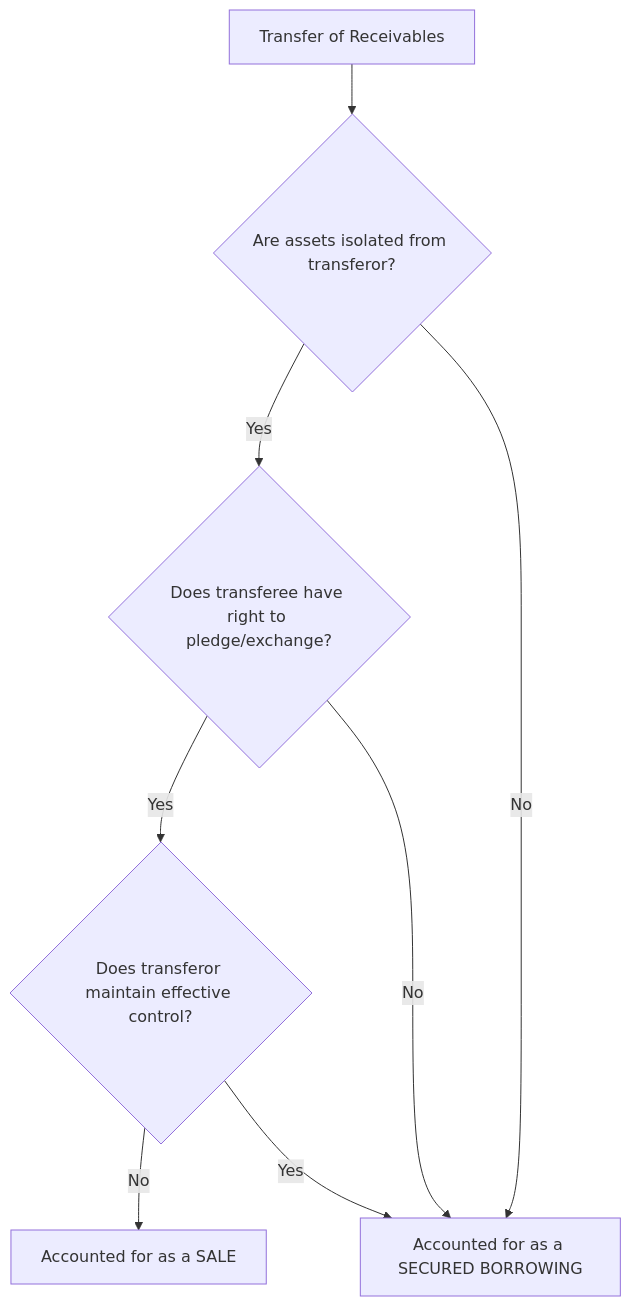
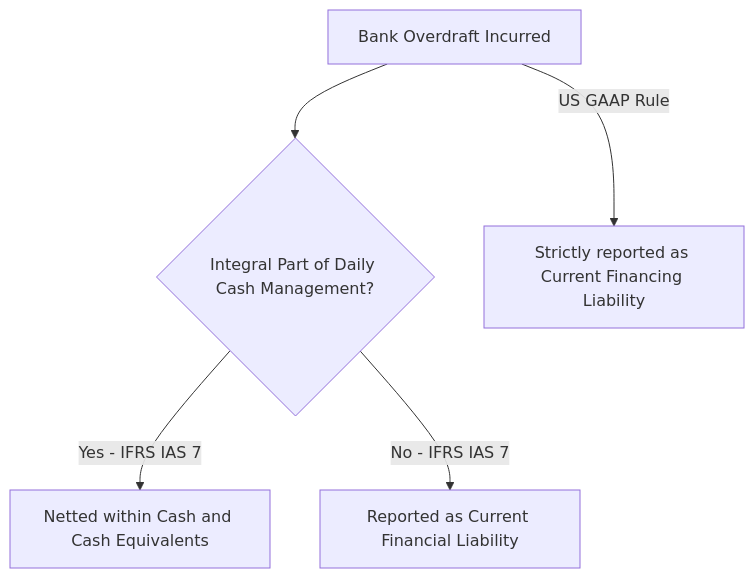
The first of 3 diagrams in note-res/ai-comprehension/acc-301-intermediate-accounting/phase-2/acc-301-notes-step-5.md (Soohaeib/shared-obsidian-notes), drawn with Mermaid before and after one commit. The commit also changed other lines of this file and 12 other files, not shown here.

````diff
--- a/note-res/ai-comprehension/acc-301-intermediate-accounting/phase-2/acc-301-notes-step-5.md
+++ b/note-res/ai-comprehension/acc-301-intermediate-accounting/phase-2/acc-301-notes-step-5.md
@@ -355,10 +28,7 @@
 ```mermaid
 flowchart TD
-    A[Transfer of Receivables] --> B{Are assets isolated from transferor?}
-    B -->|Yes| C{Does transferee have right to pledge/exchange?}
-    B -->|No| F[Accounted for as a SECURED BORROWING]
-    C -->|Yes| D{Does transferor maintain effective control?}
-    C -->|No| F
-    D -->|No| E[Accounted for as a SALE]
-    D -->|Yes| F
+    A[Bank Overdraft Incurred] --> B{Integral Part of Daily Cash Management?}
+    B -->|Yes - IFRS IAS 7| C[Netted within Cash and Cash Equivalents]
+    B -->|No - IFRS IAS 7| D[Reported as Current Financial Liability]
+    A -->|US GAAP Rule| E[Strictly reported as Current Financing Liability]
 ```
````
